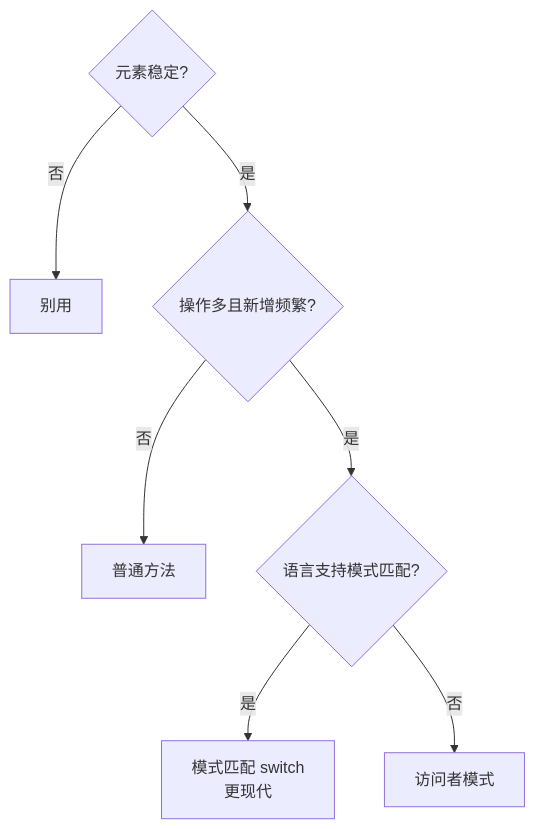
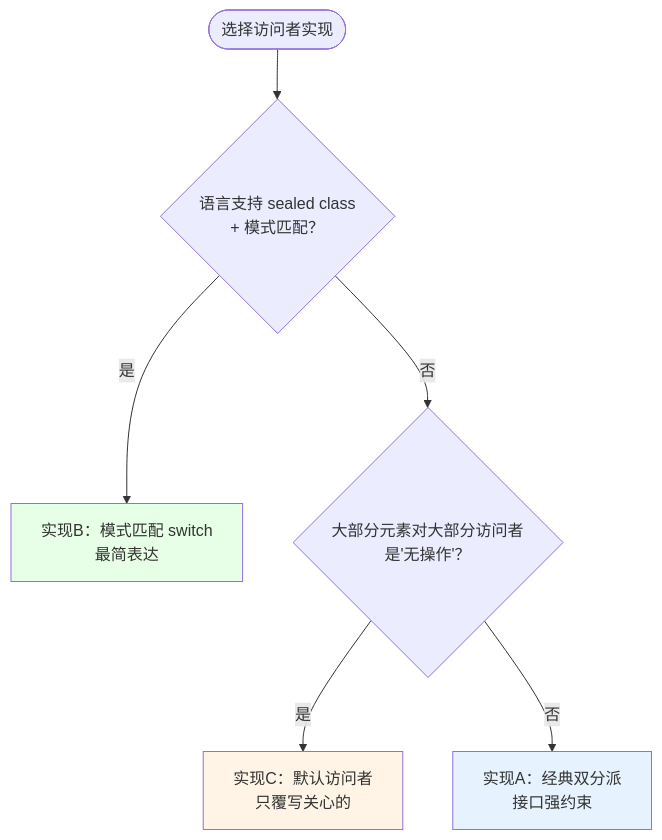
One commit to chongyang211/YCBookBlog changed the sixth of 7 diagrams in docs/08.编程/03.巧学设计模式/22.访问者模式设计思想.md. Above: the diagram before and after it, drawn with Mermaid. The commit also changed other lines of this file and 13 other files, not shown here.

````diff
--- a/docs/08.编程/03.巧学设计模式/22.访问者模式设计思想.md
+++ b/docs/08.编程/03.巧学设计模式/22.访问者模式设计思想.md
@@ -380,9 +633,12 @@
 ```mermaid
 flowchart TD
-    A{元素稳定?} -->|否| 别用
-    A -->|是| B{操作多且新增频繁?}
-    B -->|否| 普通方法
-    B -->|是| C{语言支持模式匹配?}
-    C -->|是| D[模式匹配 switch<br/>更现代]
-    C -->|否| E[访问者模式]
+    Start([选择访问者实现]) --> Q1{语言支持 sealed class<br/>+ 模式匹配？}
+    Q1 -->|是| OptB[实现B：模式匹配 switch<br/>最简表达]
+    Q1 -->|否| Q2{大部分元素对大部分访问者<br/>是'无操作'？}
+    Q2 -->|是| OptC[实现C：默认访问者<br/>只覆写关心的]
+    Q2 -->|否| OptA[实现A：经典双分派<br/>接口强约束]
+
+    style OptB fill:#e6ffe6
+    style OptC fill:#fff4e6
+    style OptA fill:#e6f3ff
 ```
````
